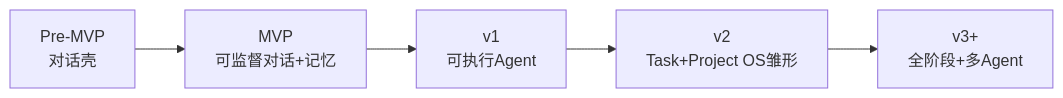
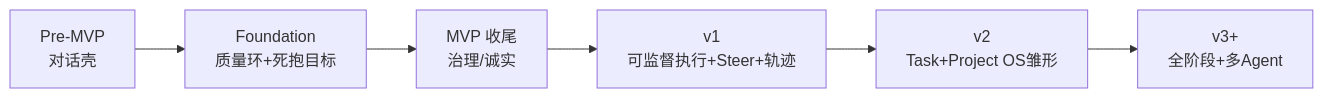
One commit to masterroland13/loop-agent changed the diagram in docs/agent-window-roadmap.md. Above: the diagram before and after it, drawn with Mermaid. The commit also changed other lines of this file and 80 other files, not shown here.

````diff
--- a/docs/agent-window-roadmap.md
+++ b/docs/agent-window-roadmap.md
@@ -188,7 +241,8 @@
 ```mermaid
 flowchart LR
-  A[Pre-MVP<br/>对话壳] --> B[MVP<br/>可监督对话+记忆]
-  B --> C[v1<br/>可执行Agent]
+  A[Pre-MVP<br/>对话壳] --> F[Foundation<br/>质量环+死抱目标]
+  F --> B[MVP 收尾<br/>治理/诚实]
+  B --> C[v1<br/>可监督执行+Steer+轨迹]
   C --> D[v2<br/>Task+Project OS雏形]
   D --> E[v3+<br/>全阶段+多Agent]
 ```
````
